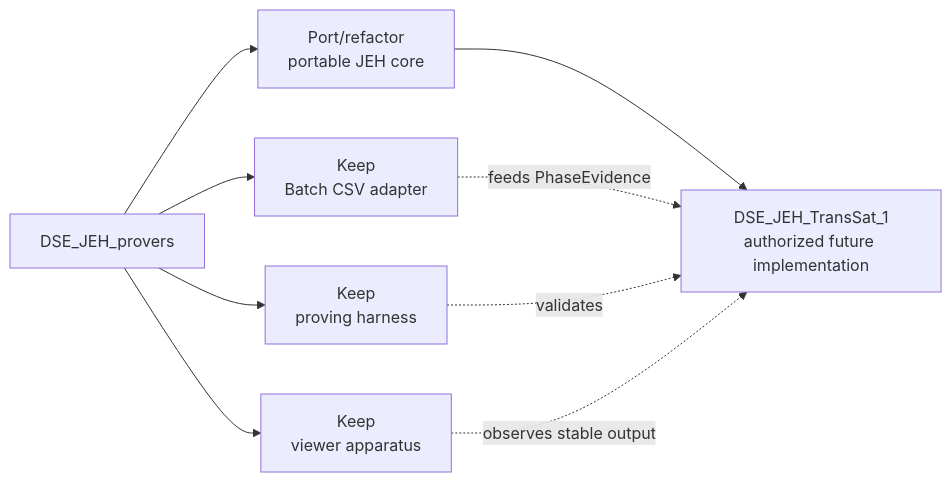
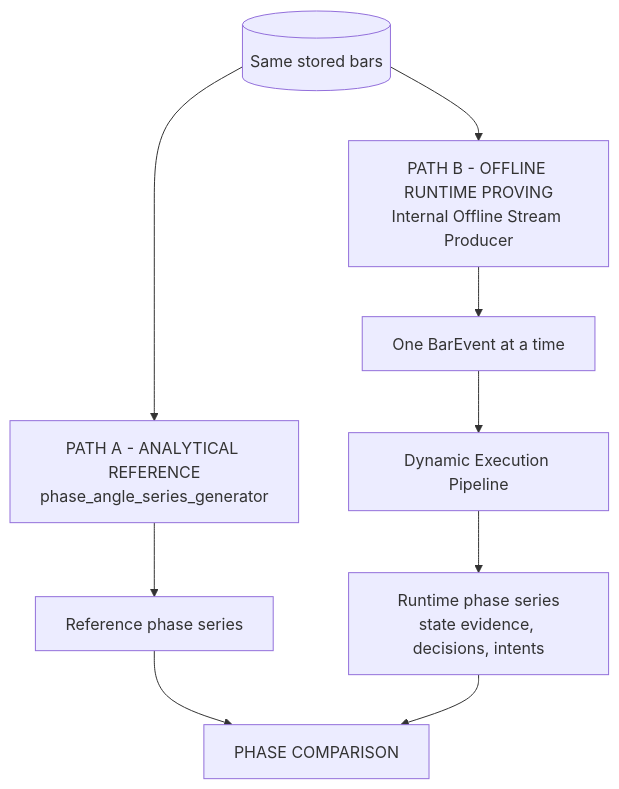
The tenth of 10 diagrams in DSE_JEH/docs/DSE_JEH_TRANS_SAT_1_SYSTEM_DESIGN_V0_1_091226.md (srao977/tramuthus), drawn with Mermaid before and after one commit. The commit also changed other lines of this file and 1 other file, not shown here.

Commit message:
DSE_JEH design and implementation docs completed

````diff
--- a/DSE_JEH/docs/DSE_JEH_TRANS_SAT_1_SYSTEM_DESIGN_V0_1_091226.md
+++ b/DSE_JEH/docs/DSE_JEH_TRANS_SAT_1_SYSTEM_DESIGN_V0_1_091226.md
@@ -582,16 +456,13 @@
 ```mermaid
-flowchart LR
-  PR[DSE_JEH_provers]
-  A[Port/refactor<br/>portable JEH core]
-  B[Keep<br/>Batch CSV adapter]
-  C[Keep<br/>proving harness]
-  D[Keep<br/>viewer apparatus]
-  OP[DSE_JEH_TransSat_1<br/>authorized future implementation]
-  PR --> A --> OP
-  PR --> B
-  PR --> C
-  PR --> D
-  B -.feeds PhaseEvidence.-> OP
-  C -.validates.-> OP
-  D -.observes stable output.-> OP
+flowchart TD
+  DB[(Same stored bars)]
+  GEN[PATH A - ANALYTICAL REFERENCE<br/>phase_angle_series_generator]
+  REF[Reference phase series]
+  REP[PATH B - OFFLINE RUNTIME PROVING<br/>Internal Offline Stream Producer]
+  BAR[One BarEvent at a time]
+  DEP[Dynamic Execution Pipeline]
+  RUN[Runtime phase series<br/>state evidence, decisions, intents]
+  CMP[PHASE COMPARISON]
+  DB --> GEN --> REF --> CMP
+  DB --> REP --> BAR --> DEP --> RUN --> CMP
 ```
````
